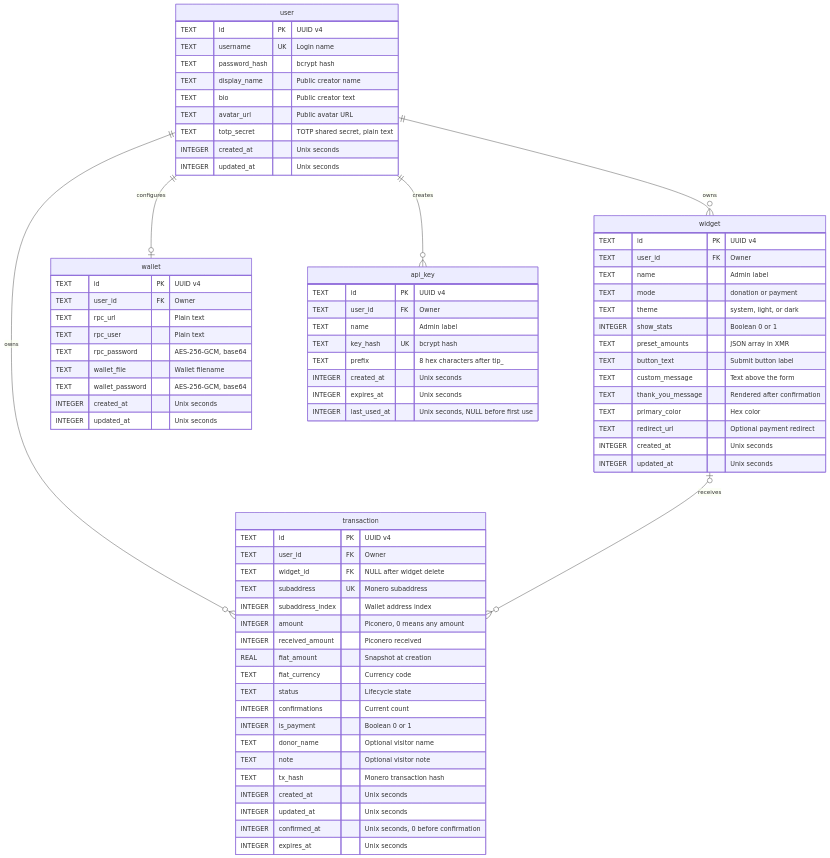
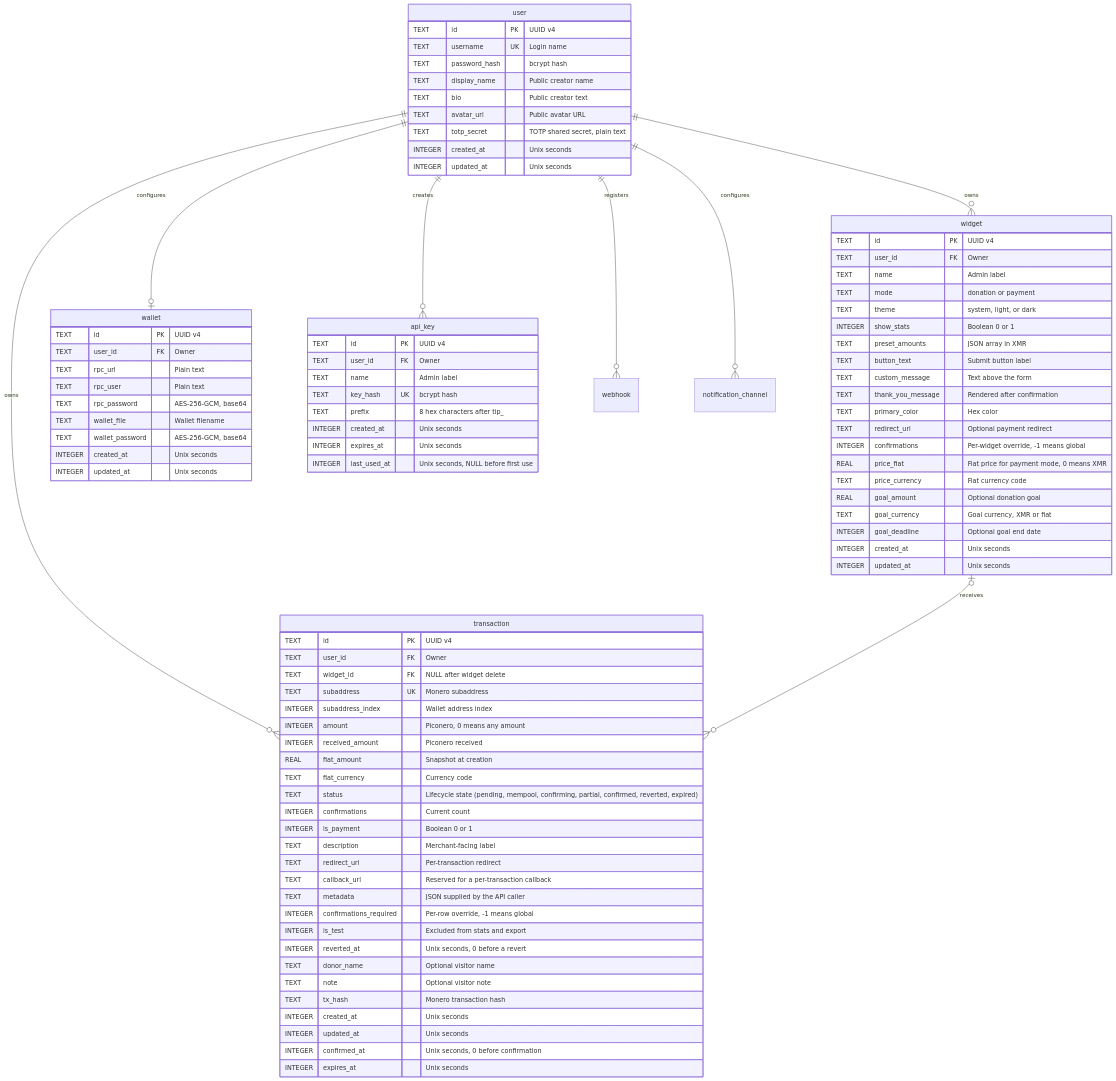
The diagram in docs/data-model.md (tiponero/tiponero-core), drawn with Mermaid before and after one commit. The commit also changed other lines of this file and 81 other files, not shown here.

First line of the commit message:
feat: payment requests, notifications, and per-widget payment rules

```diff
--- a/docs/data-model.md
+++ b/docs/data-model.md
@@ -28,6 +28,8 @@
     user ||--o{ transaction : "owns"
     user ||--o| wallet : "configures"
     user ||--o{ api_key : "creates"
+    user ||--o{ webhook : "registers"
+    user ||--o{ notification_channel : "configures"
     widget o|--o{ transaction : "receives"
 
     user {
@@ -55,6 +57,12 @@
         TEXT thank_you_message "Rendered after confirmation"
         TEXT primary_color "Hex color"
         TEXT redirect_url "Optional payment redirect"
+        INTEGER confirmations "Per-widget override, -1 means global"
+        REAL price_fiat "Fiat price for payment mode, 0 means XMR"
+        TEXT price_currency "Fiat currency code"
+        REAL goal_amount "Optional donation goal"
+        TEXT goal_currency "Goal currency, XMR or fiat"
+        INTEGER goal_deadline "Optional goal end date"
         INTEGER created_at "Unix seconds"
         INTEGER updated_at "Unix seconds"
     }
@@ -69,9 +77,16 @@
         INTEGER received_amount "Piconero received"
         REAL fiat_amount "Snapshot at creation"
         TEXT fiat_currency "Currency code"
-        TEXT status "Lifecycle state"
+        TEXT status "Lifecycle state (pending, mempool, confirming, partial, confirmed, reverted, expired)"
         INTEGER confirmations "Current count"
         INTEGER is_payment "Boolean 0 or 1"
+        TEXT description "Merchant-facing label"
+        TEXT redirect_url "Per-transaction redirect"
+        TEXT callback_url "Reserved for a per-transaction callback"
+        TEXT metadata "JSON supplied by the API caller"
+        INTEGER confirmations_required "Per-row override, -1 means global"
+        INTEGER is_test "Excluded from stats and export"
+        INTEGER reverted_at "Unix seconds, 0 before a revert"
         TEXT donor_name "Optional visitor name"
         TEXT note "Optional visitor note"
         TEXT tx_hash "Monero transaction hash"
```
